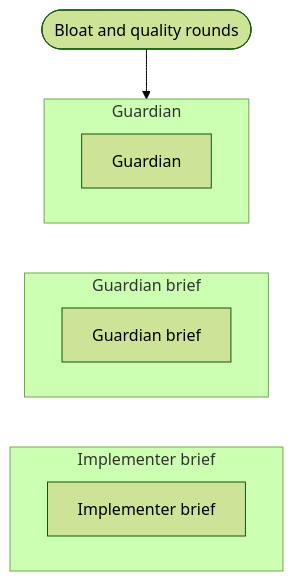
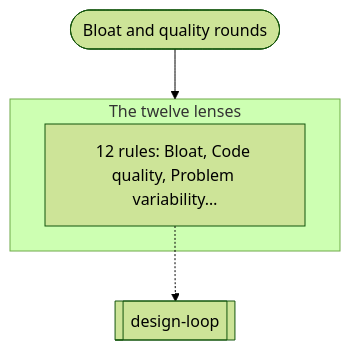
The ninth of 14 diagrams in docs/graphs.md (nitedani/mergeworthy), drawn with Mermaid (forest theme) before and after one commit. The commit also changed other lines of this file and 1 other file, not shown here.

First line of the commit message:
Graphs: short labels wrapped into lines, so GitHub doesn't cut them off

````diff
--- a/docs/graphs.md
+++ b/docs/graphs.md
@@ -244,16 +244,9 @@
 ```mermaid
 flowchart TB
   start(["Bloat and quality rounds"])
-  subgraph g0["Guardian"]
-    s0["Guardian"]
+  subgraph g0["The twelve lenses"]
+    s0["12 rules: Bloat, Code quality, Problem variability…"]
   end
-  subgraph g1["Guardian brief"]
-    s1["Guardian brief"]
-  end
-  subgraph g2["Implementer brief"]
-    s2["Implementer brief"]
-  end
+  s0 -.-> r1[["design-loop"]]
   start --> g0
-  g0 ~~~ g1
-  g1 ~~~ g2
 ```
````
